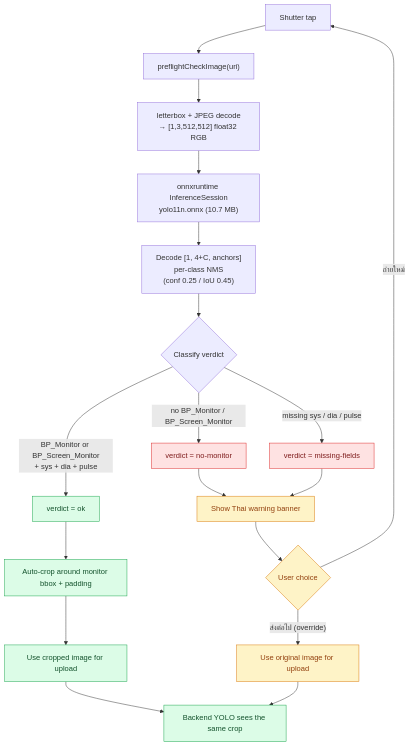
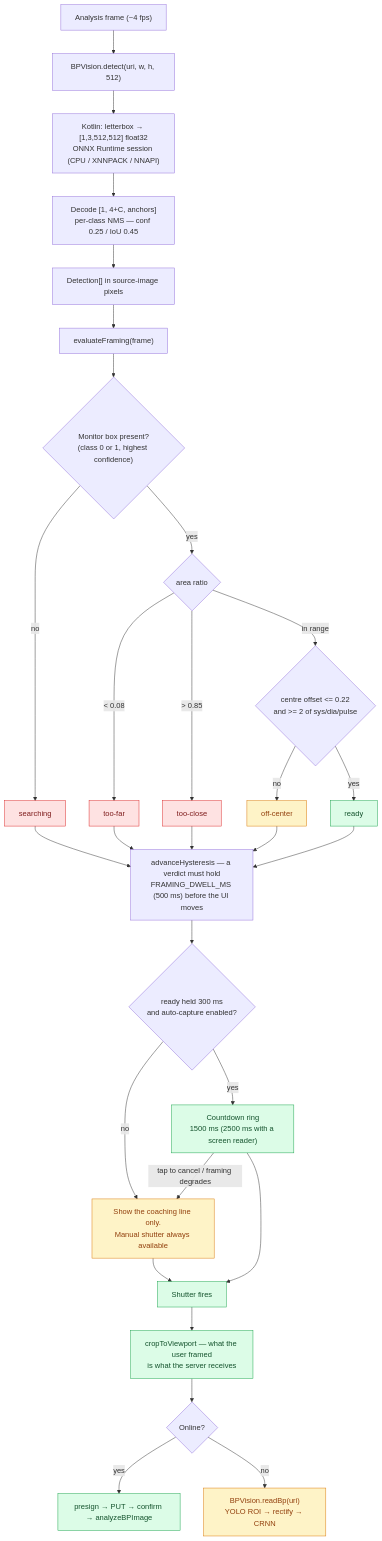
Before and after one commit to vanTHkrab/BP-Monitor-Application: the diagram in docs/architecture/flow-yolo-preflight.md, drawn with Mermaid. The commit also changed other lines of this file and 32 other files, not shown here.

First line of the commit message:
docs(web): correct every diagram against the code, add four

````diff
--- a/docs/architecture/flow-yolo-preflight.md
+++ b/docs/architecture/flow-yolo-preflight.md
@@ -19,31 +21,42 @@
 ```mermaid
 flowchart TD
-    A["Shutter tap"] --> B["preflightCheckImage(uri)"]
-    B --> C["letterbox + JPEG decode<br/>→ [1,3,512,512] float32 RGB"]
-    C --> D["onnxruntime InferenceSession<br/>yolo11n.onnx (10.7 MB)"]
-    D --> E["Decode [1, 4+C, anchors]<br/>per-class NMS<br/>(conf 0.25 / IoU 0.45)"]
-    E --> F{"Classify verdict"}
+    A["Analysis frame (~4 fps)"] --> B["BPVision.detect(uri, w, h, 512)"]
+    B --> C["Kotlin: letterbox → [1,3,512,512] float32<br/>ONNX Runtime session (CPU / XNNPACK / NNAPI)"]
+    C --> D["Decode [1, 4+C, anchors]<br/>per-class NMS — conf 0.25 / IoU 0.45"]
+    D --> E["Detection[] in source-image pixels"]
 
-    F -- "BP_Monitor or BP_Screen_Monitor<br/>+ sys + dia + pulse" --> OK["verdict = ok"]
-    F -- "no BP_Monitor / BP_Screen_Monitor" --> NM["verdict = no-monitor"]
-    F -- "missing sys / dia / pulse" --> MF["verdict = missing-fields"]
+    E --> F["evaluateFraming(frame)"]
+    F --> G{"Monitor box present?<br/>(class 0 or 1, highest confidence)"}
+    G -- "no" --> S["searching"]
+    G -- "yes" --> H{"area ratio"}
+    H -- "< 0.08" --> TF["too-far"]
+    H -- "> 0.85" --> TC["too-close"]
+    H -- "in range" --> I{"centre offset <= 0.22<br/>and >= 2 of sys/dia/pulse"}
+    I -- "no" --> OC["off-center"]
+    I -- "yes" --> R["ready"]
 
-    OK --> CROP["Auto-crop around monitor bbox + padding"]
-    CROP --> UPLOAD["Use cropped image for upload"]
+    S --> HY["advanceHysteresis — a verdict must hold<br/>FRAMING_DWELL_MS (500 ms) before the UI moves"]
+    TF --> HY
+    TC --> HY
+    OC --> HY
+    R --> HY
 
-    NM --> WARN["Show Thai warning banner"]
-    MF --> WARN
-    WARN --> CHOICE{"User choice"}
-    CHOICE -- "ถ่ายใหม่" --> A
-    CHOICE -- "ส่งต่อไป (override)" --> UPLOAD_RAW["Use original image for upload"]
+    HY --> J{"ready held 300 ms<br/>and auto-capture enabled?"}
+    J -- "no" --> COACH["Show the coaching line only.<br/>Manual shutter always available"]
+    J -- "yes" --> CD["Countdown ring<br/>1500 ms (2500 ms with a screen reader)"]
+    CD -- "tap to cancel / framing degrades" --> COACH
+    CD --> SHOT["Shutter fires"]
+    COACH --> SHOT
 
-    UPLOAD --> SAVE["Backend YOLO sees the same crop"]
-    UPLOAD_RAW --> SAVE
+    SHOT --> CROP["cropToViewport — what the user framed<br/>is what the server receives"]
+    CROP --> OUT{"Online?"}
+    OUT -- "yes" --> UP["presign → PUT → confirm → analyzeBPImage"]
+    OUT -- "no" --> LOCAL["BPVision.readBp(uri)<br/>YOLO ROI → rectify → CRNN"]
 
     classDef ok fill:#dcfce7,stroke:#16a34a,color:#14532d
     classDef warn fill:#fef3c7,stroke:#d97706,color:#92400e
     classDef bad fill:#fee2e2,stroke:#dc2626,color:#7f1d1d
-    class OK,CROP,UPLOAD,SAVE ok
-    class WARN,CHOICE,UPLOAD_RAW warn
-    class NM,MF bad
+    class R,CD,SHOT,CROP,UP ok
+    class COACH,OC,LOCAL warn
+    class S,TF,TC bad
 ```
````
